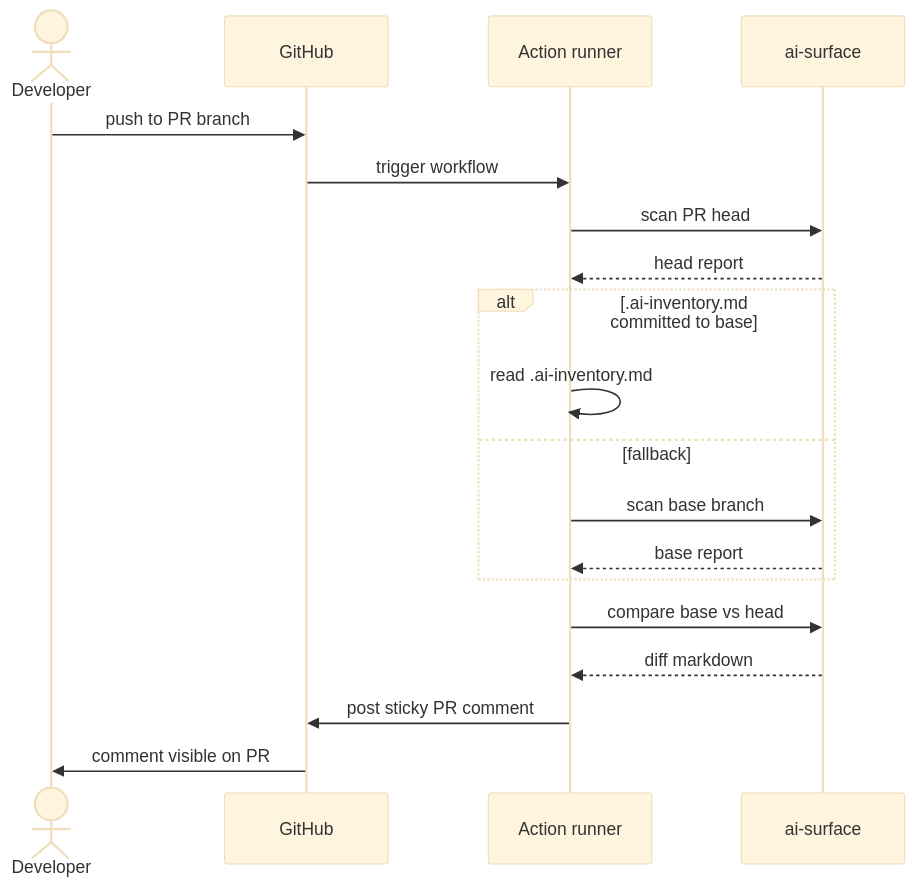
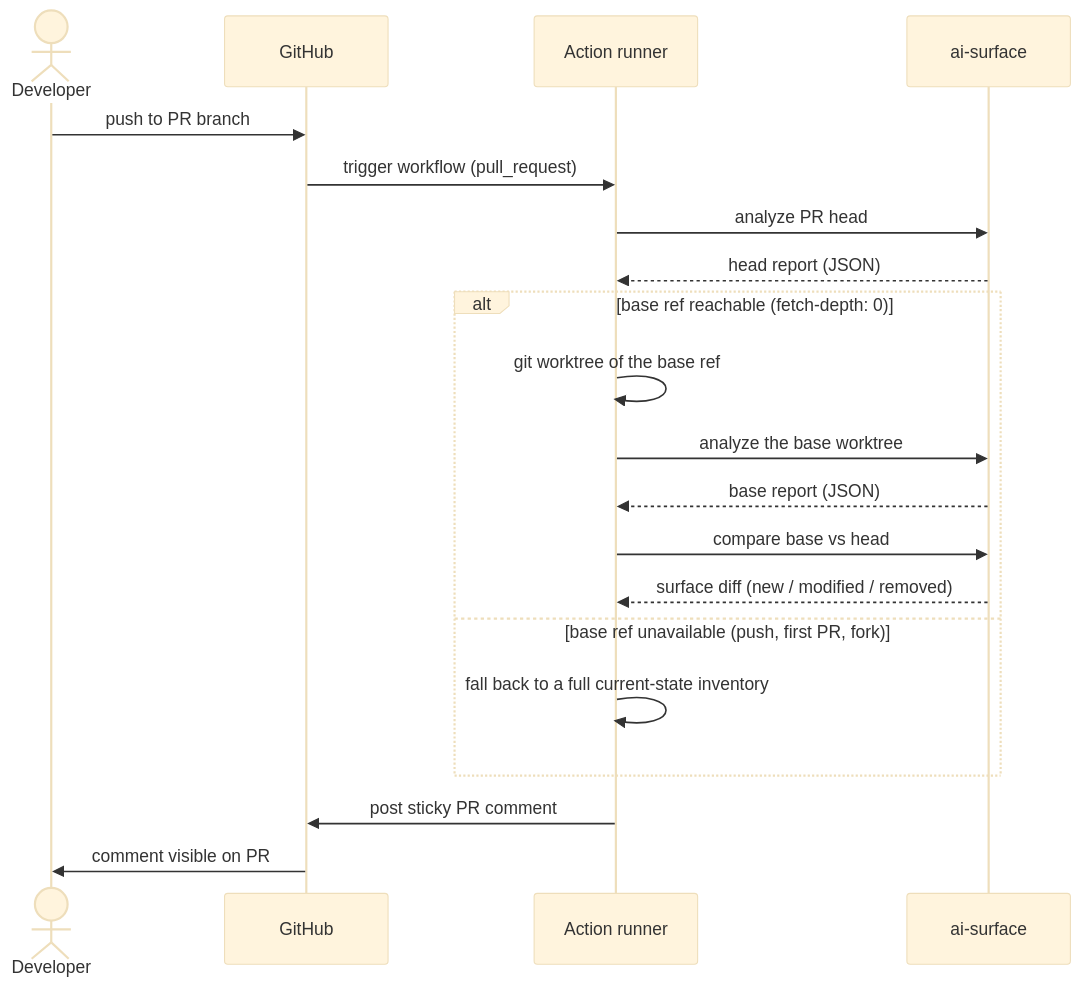
The diagram in docs/CI_INTEGRATION.md (actions-marketplace-validations/apisec-inc_AI-Surface), drawn with Mermaid (base theme) before and after one commit. The commit also changed other lines of this file and 38 other files, not shown here.

````diff
--- a/docs/CI_INTEGRATION.md
+++ b/docs/CI_INTEGRATION.md
@@ -48,26 +98,25 @@
 ```mermaid
 sequenceDiagram
     actor Dev as Developer
     participant GH as GitHub
     participant CI as Action runner
     participant AS as ai-surface
 
     Dev->>GH: push to PR branch
-    GH->>CI: trigger workflow
+    GH->>CI: trigger workflow (pull_request)
+    CI->>AS: analyze PR head
+    AS-->>CI: head report (JSON)
 
-    CI->>AS: scan PR head
-    AS-->>CI: head report
-
-    alt .ai-inventory.md committed to base
-        CI->>CI: read .ai-inventory.md
-    else fallback
-        CI->>AS: scan base branch
-        AS-->>CI: base report
+    alt base ref reachable (fetch-depth: 0)
+        CI->>CI: git worktree of the base ref
+        CI->>AS: analyze the base worktree
+        AS-->>CI: base report (JSON)
+        CI->>AS: compare base vs head
+        AS-->>CI: surface diff (new / modified / removed)
+    else base ref unavailable (push, first PR, fork)
+        CI->>CI: fall back to a full current-state inventory
     end
-
-    CI->>AS: compare base vs head
-    AS-->>CI: diff markdown
 
     CI->>GH: post sticky PR comment
     GH->>Dev: comment visible on PR
 ```
````
